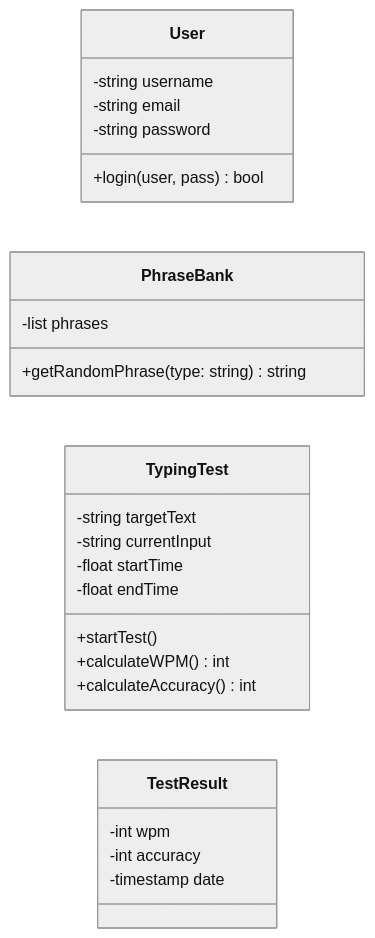
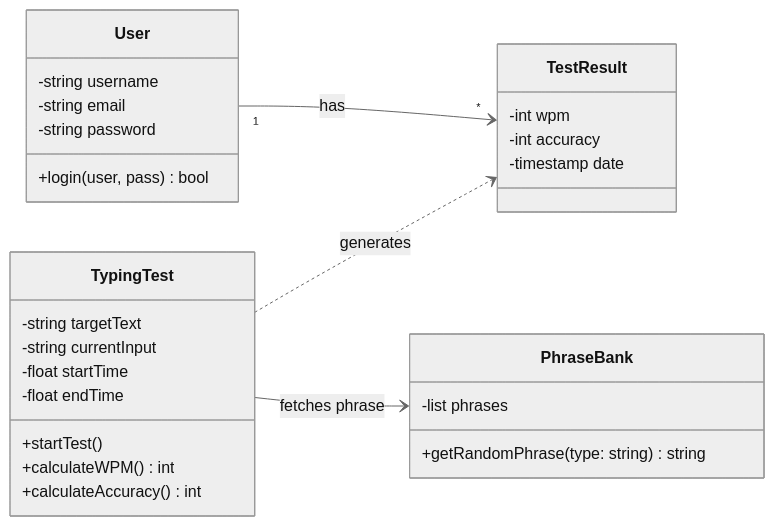
The diagram in README.md (Davictory2003/tippitytappity-design), drawn with Mermaid (neutral theme) before and after one commit.

Commit message:
Update README with TypingTest and TestResult relationships

````diff
--- a/README.md
+++ b/README.md
@@ -8,31 +8,34 @@
 ```mermaid
 classDiagram
     direction LR
     class User {
         -string username
         -string email
         -string password
         +login(user, pass) bool
     }
 
     class PhraseBank {
         -list phrases
         +getRandomPhrase(type: string) string
     }
 
     class TypingTest {
         -string targetText
         -string currentInput
         -float startTime
         -float endTime
         +startTest()
         +calculateWPM() int
         +calculateAccuracy() int
     }
 
     class TestResult {
         -int wpm
         -int accuracy
         -timestamp date
     }
+    User "1" --> "*" TestResult : has
+    TypingTest --> PhraseBank : fetches phrase
+    TypingTest ..> TestResult : generates
 ```
````
